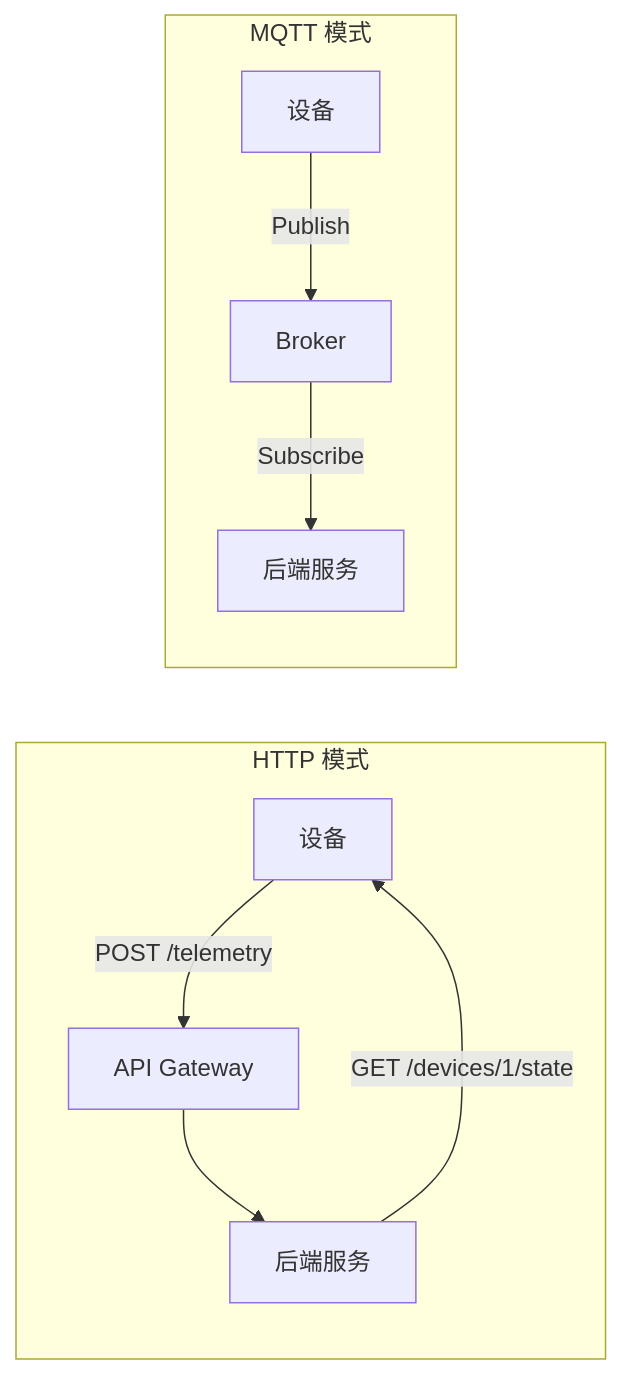
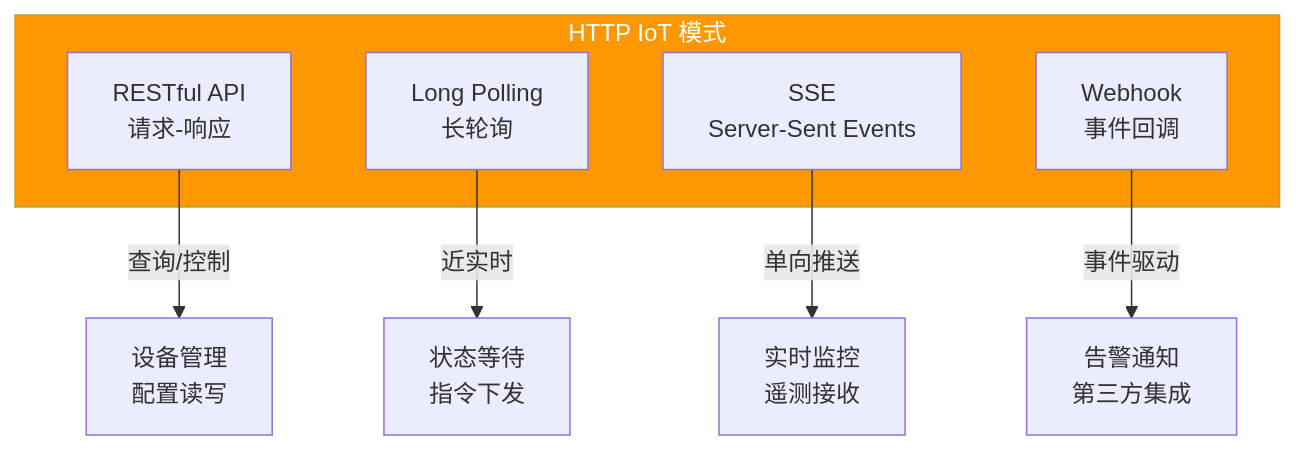
Before and after one commit to moklgydocs/moklgydocs.github.io: the first of 5 diagrams in src/后端开发/DotNet_IoT/03_通信协议/02_HTTP与CoAP.md, drawn with Mermaid. The commit also changed other lines of this file, not shown here.

````diff
--- a/src/后端开发/DotNet_IoT/03_通信协议/02_HTTP与CoAP.md
+++ b/src/后端开发/DotNet_IoT/03_通信协议/02_HTTP与CoAP.md
@@ -27,12 +24,16 @@
 ```mermaid
-graph LR
-    subgraph "HTTP 模式"
-        A[设备] -->|POST /telemetry| B[API Gateway]
-        B --> C[后端服务]
-        C -->|GET /devices/1/state| A
+flowchart TB
+    subgraph MODES["HTTP IoT 模式"]
+        A[RESTful API<br/>请求-响应]
+        B[Long Polling<br/>长轮询]
+        C[SSE<br/>Server-Sent Events]
+        D[Webhook<br/>事件回调]
     end
-    subgraph "MQTT 模式"
-        D[设备] -->|Publish| E[Broker]
-        E -->|Subscribe| F[后端服务]
-    end
+
+    A -->|查询/控制| S1[设备管理<br/>配置读写]
+    B -->|近实时| S2[状态等待<br/>指令下发]
+    C -->|单向推送| S3[实时监控<br/>遥测接收]
+    D -->|事件驱动| S4[告警通知<br/>第三方集成]
+
+    style MODES fill:#FF9800,color:#fff
 ```
````
